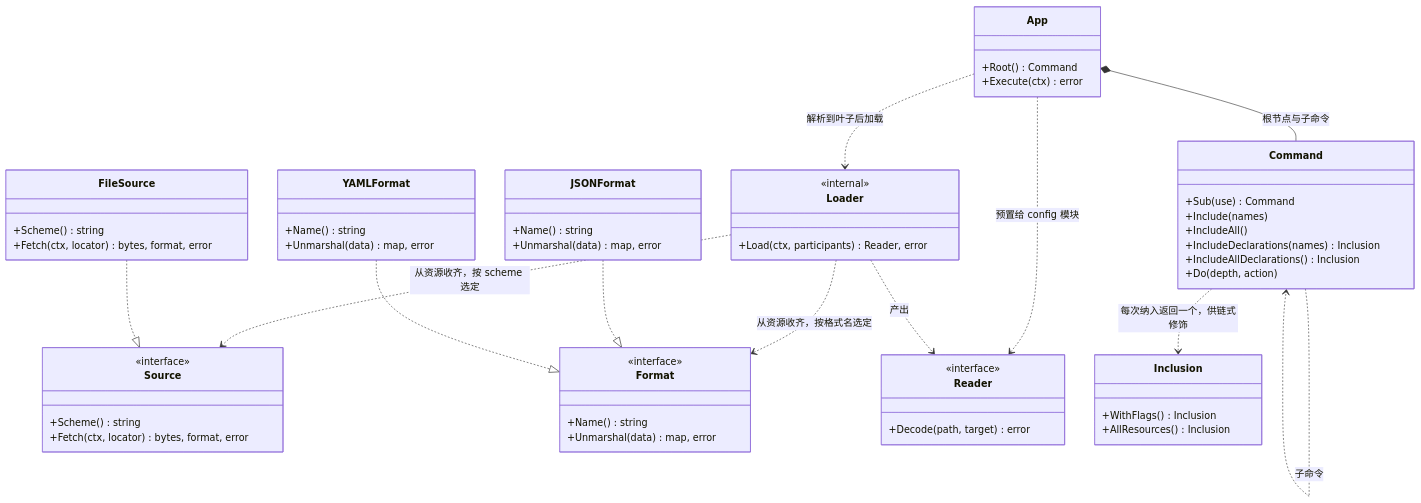
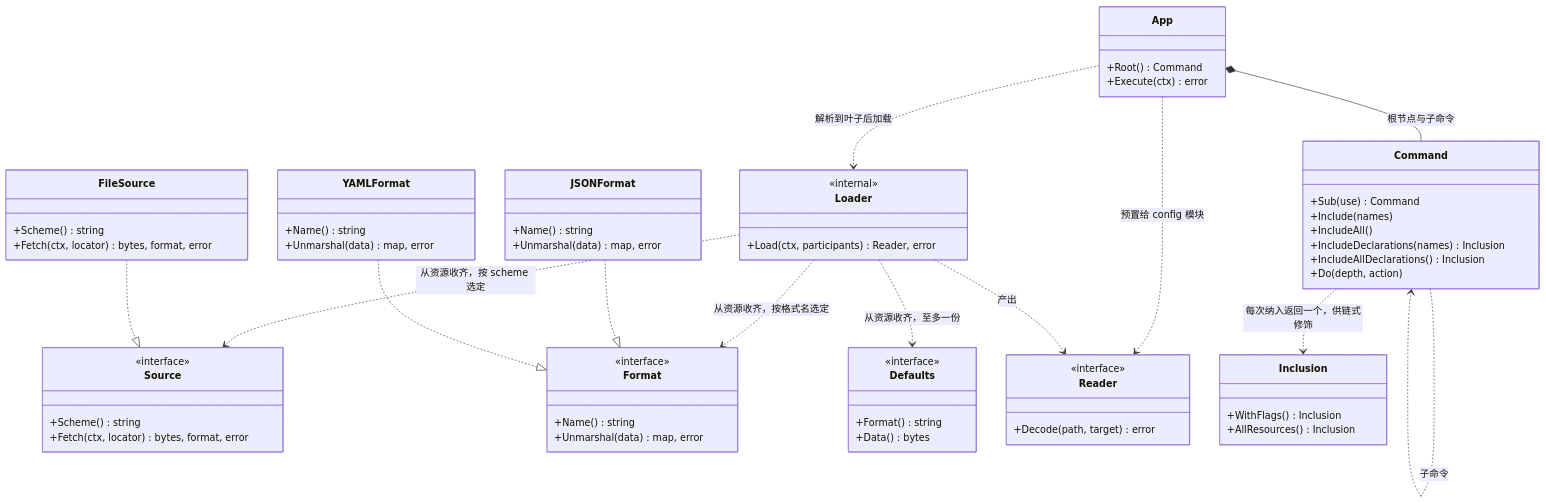
The first of 2 diagrams in docs/design/modules/design-config.md (wangzw/speed), drawn with Mermaid before and after one commit. The commit also changed other lines of this file and 27 other files, not shown here.

````diff
--- a/docs/design/modules/design-config.md
+++ b/docs/design/modules/design-config.md
@@ -307,61 +320,67 @@
 ```mermaid
 classDiagram
     class Source {
         <<interface>>
         +Scheme() string
         +Fetch(ctx, locator) bytes, format, error
     }
     class Format {
         <<interface>>
         +Name() string
         +Unmarshal(data) map, error
+    }
+    class Defaults {
+        <<interface>>
+        +Format() string
+        +Data() bytes
     }
     class Reader {
         <<interface>>
         +Decode(path, target) error
     }
     class App {
         +Root() Command
         +Execute(ctx) error
     }
     class Command {
         +Sub(use) Command
         +Include(names)
         +IncludeAll()
         +IncludeDeclarations(names) Inclusion
         +IncludeAllDeclarations() Inclusion
         +Do(depth, action)
     }
     class Inclusion {
         +WithFlags() Inclusion
         +AllResources() Inclusion
     }
     class Loader {
         <<internal>>
         +Load(ctx, participants) Reader, error
     }
     class FileSource {
         +Scheme() string
         +Fetch(ctx, locator) bytes, format, error
     }
     class JSONFormat {
         +Name() string
         +Unmarshal(data) map, error
     }
     class YAMLFormat {
         +Name() string
         +Unmarshal(data) map, error
     }
 
     App *-- Command : 根节点与子命令
     Command ..> Inclusion : 每次纳入返回一个，供链式修饰
     App ..> Loader : 解析到叶子后加载
     App ..> Reader : 预置给 config 模块
     Command ..> Command : 子命令
     Loader ..> Source : 从资源收齐，按 scheme 选定
     Loader ..> Format : 从资源收齐，按格式名选定
+    Loader ..> Defaults : 从资源收齐，至多一份
     Loader ..> Reader : 产出
     FileSource ..|> Source
     JSONFormat ..|> Format
     YAMLFormat ..|> Format
 ```
````
